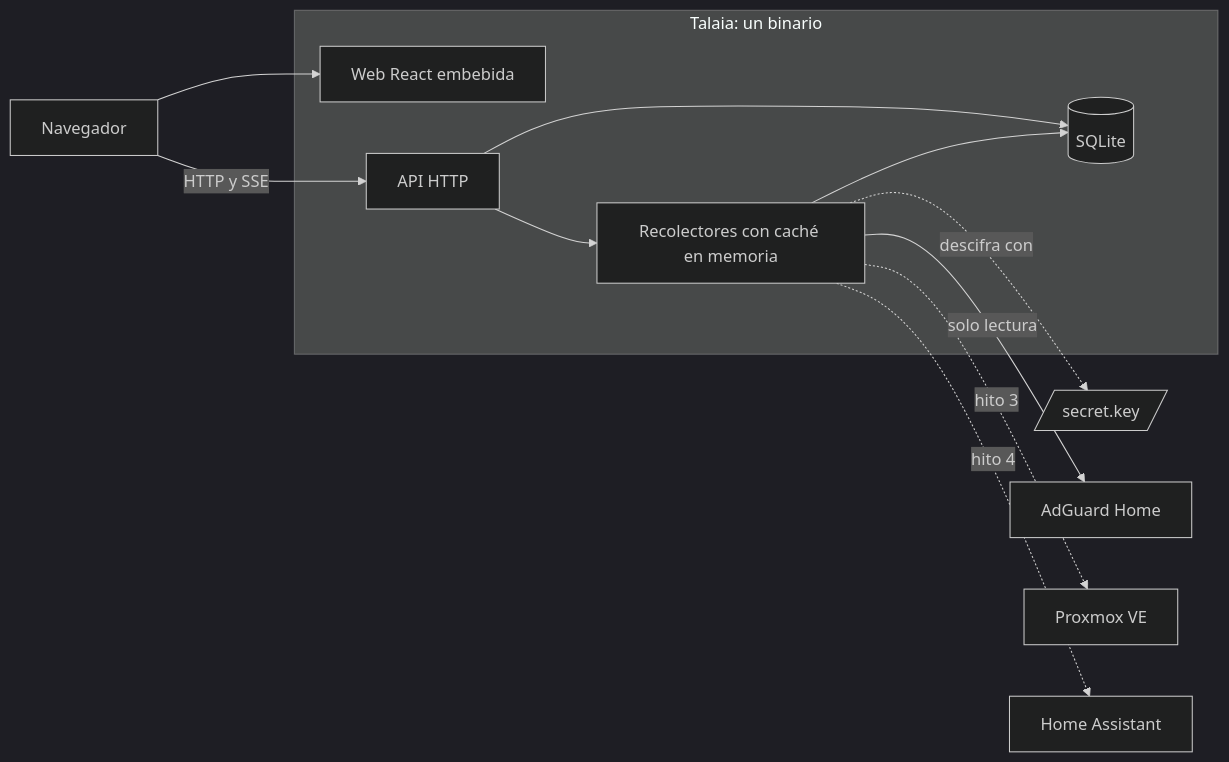
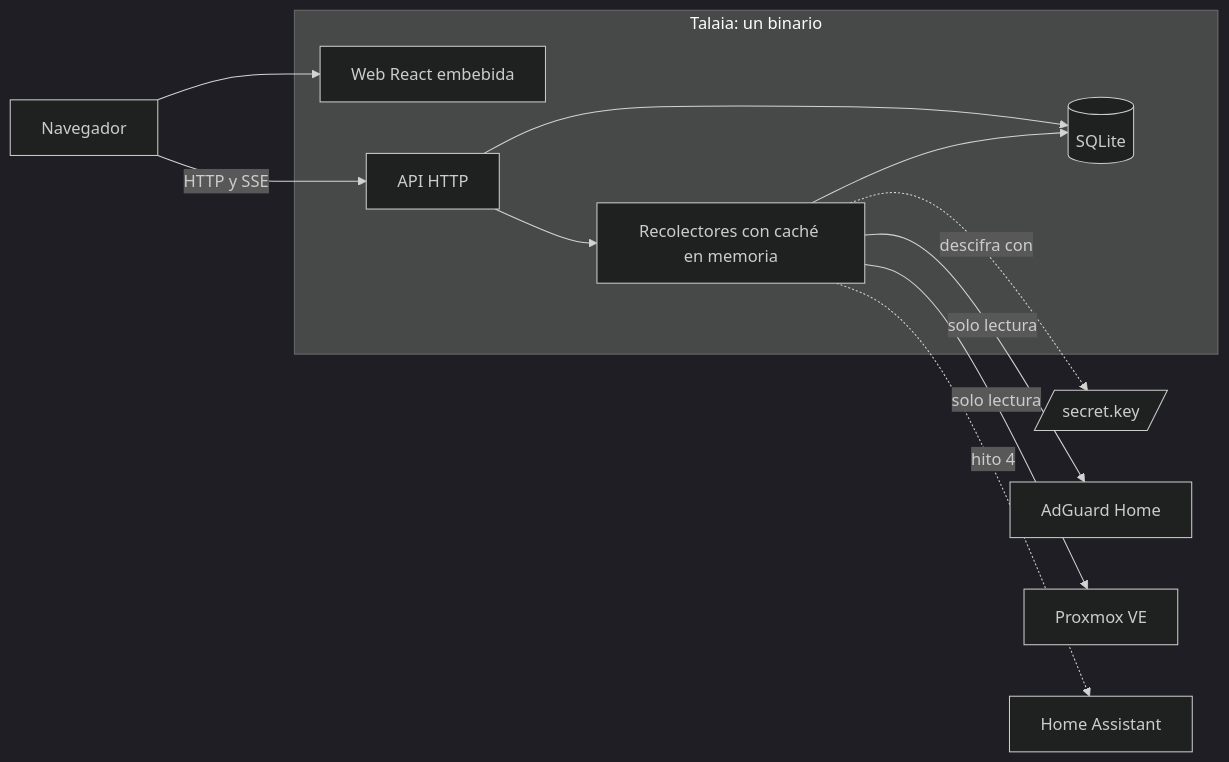
The first of 3 diagrams in docs/proyecto/02-arquitectura.md (izakdev/talaia), drawn with Mermaid (dark theme) before and after one commit. The commit also changed other lines of this file and 30 other files, not shown here.

````diff
--- a/docs/proyecto/02-arquitectura.md
+++ b/docs/proyecto/02-arquitectura.md
@@ -7,24 +7,24 @@
 ```mermaid
 flowchart LR
     B[Navegador]
     subgraph T[Talaia: un binario]
         W[Web React embebida]
         A[API HTTP]
         C[Recolectores con caché en memoria]
         S[(SQLite)]
     end
     K[/secret.key/]
     AG[AdGuard Home]
     PX[Proxmox VE]
     HA[Home Assistant]
 
     B -->|HTTP y SSE| A
     B --> W
     A --> C
     A --> S
     C --> S
     C -.->|descifra con| K
     C -->|solo lectura| AG
-    C -.->|hito 3| PX
+    C -->|solo lectura| PX
     C -.->|hito 4| HA
 ```
````
